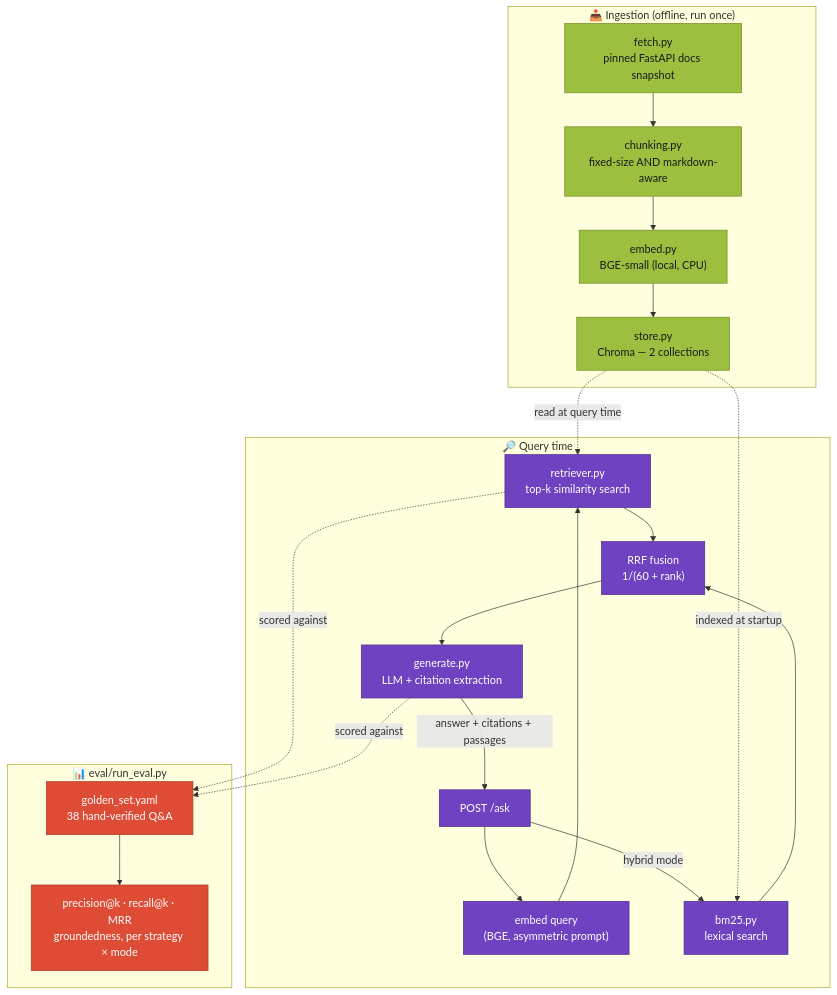
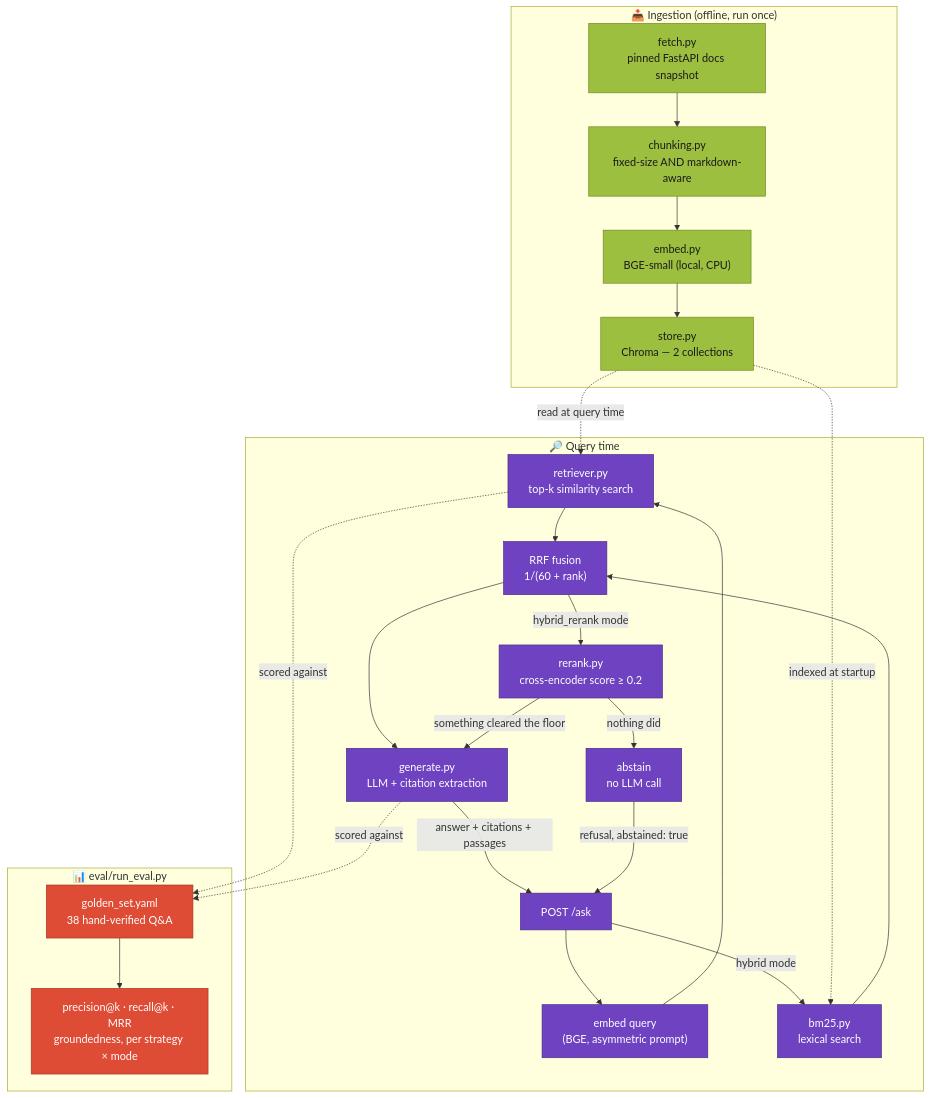
Before and after one commit to Totm33606/doc-qa-agent: the diagram in README.md, drawn with Mermaid. The commit also changed other lines of this file and 27 other files, not shown here.

````diff
--- a/README.md
+++ b/README.md
@@ -146,42 +168,48 @@
 ```mermaid
 flowchart TD
     subgraph Ingestion["📥 Ingestion (offline, run once)"]
         F["fetch.py<br/>pinned FastAPI docs snapshot"]
         C["chunking.py<br/>fixed-size AND markdown-aware"]
         E1["embed.py<br/>BGE-small (local, CPU)"]
         S1["store.py<br/>Chroma — 2 collections"]
         F --> C --> E1 --> S1
     end
 
     subgraph Query["🔎 Query time"]
         Q["POST /ask"]
         E2["embed query<br/>(BGE, asymmetric prompt)"]
         R["retriever.py<br/>top-k similarity search"]
         B["bm25.py<br/>lexical search"]
         RRF["RRF fusion<br/>1/(60 + rank)"]
+        RR["rerank.py<br/>cross-encoder score ≥ 0.2"]
         G["generate.py<br/>LLM + citation extraction"]
+        A["abstain<br/>no LLM call"]
         Q --> E2 --> R --> RRF
         Q -->|"hybrid mode"| B --> RRF
+        RRF -->|"hybrid_rerank mode"| RR
         RRF --> G
+        RR -->|"something cleared the floor"| G
+        RR -->|"nothing did"| A
     end
 
     S1 -.->|"read at query time"| R
     S1 -.->|"indexed at startup"| B
     G -->|"answer + citations + passages"| Q
+    A -->|"refusal, abstained: true"| Q
 
     subgraph Eval["📊 eval/run_eval.py"]
         GS["golden_set.yaml<br/>38 hand-verified Q&A"]
         M["precision@k · recall@k · MRR<br/>groundedness, per strategy × mode"]
         GS --> M
     end
     R -.->|"scored against"| GS
     G -.->|"scored against"| GS
 
     classDef ingest fill:#9cbf3f,stroke:#6f8a24,color:#1a1a1a
     classDef query fill:#6f42c1,stroke:#4a2c85,color:#ffffff
     classDef eval fill:#de4c36,stroke:#a6371f,color:#ffffff
 
     class F,C,E1,S1 ingest
-    class Q,E2,R,B,RRF,G query
+    class Q,E2,R,B,RRF,RR,G,A query
     class GS,M eval
 ```
````
